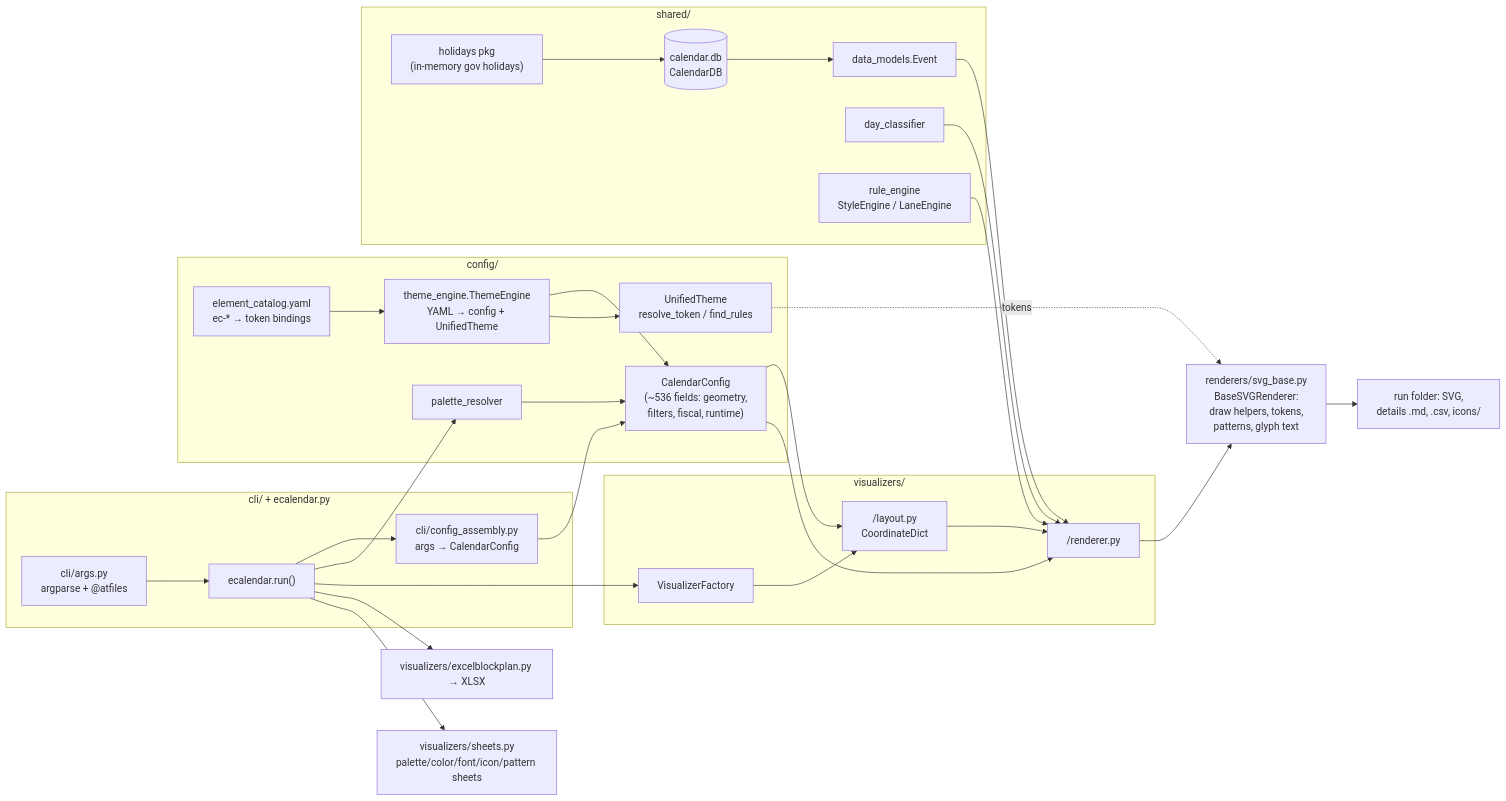
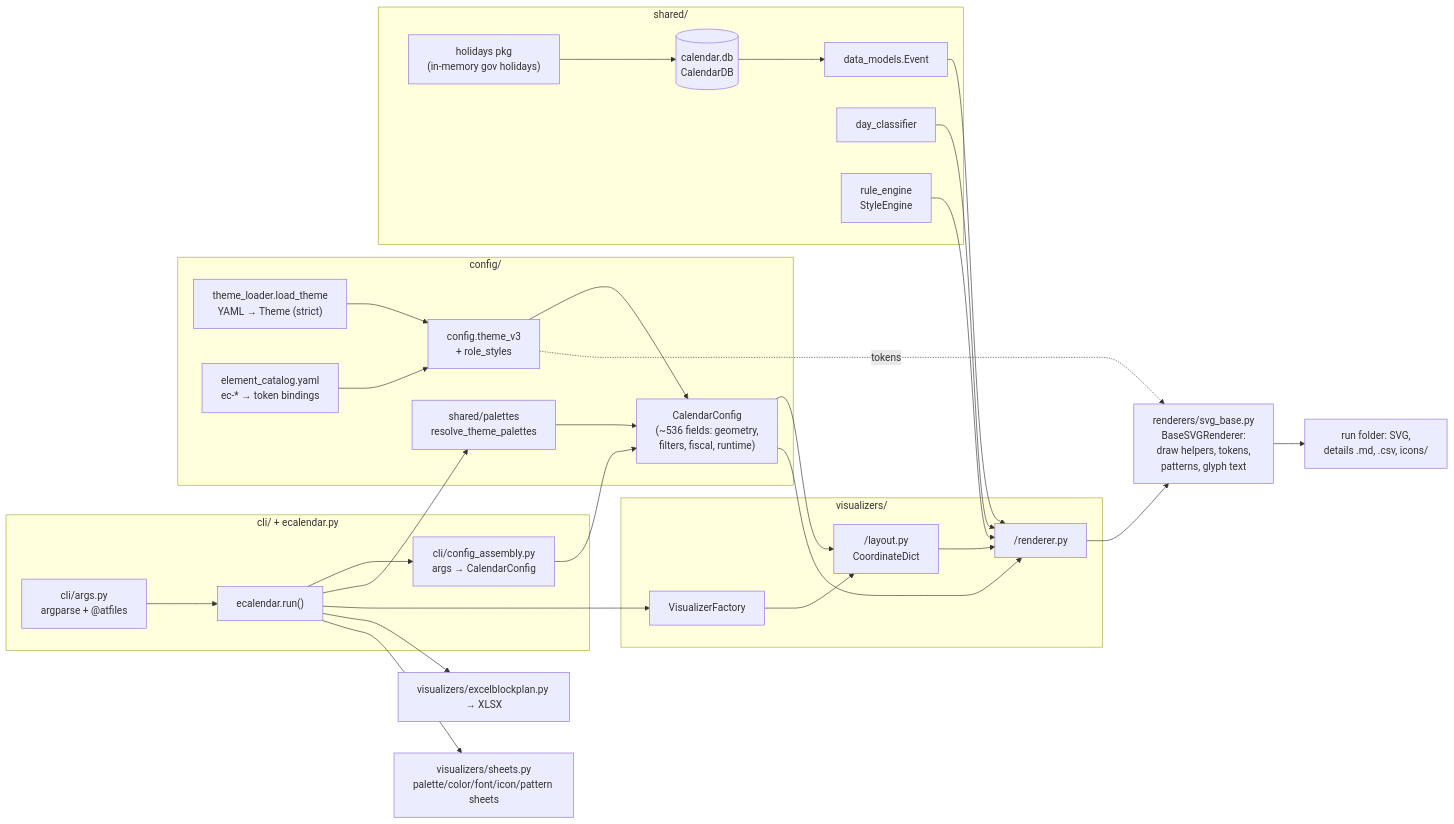
The diagram in docs/architecture/overview.md (lee4321/calendarapp-), drawn with Mermaid before and after one commit. The commit also changed 167 other files, not shown here.

````diff
--- a/docs/architecture/overview.md
+++ b/docs/architecture/overview.md
@@ -7,49 +7,48 @@
 ```mermaid
 flowchart LR
     subgraph CLI["cli/ + ecalendar.py"]
         ARGS["cli/args.py<br/>argparse + @atfiles"]
         RUN["ecalendar.run()"]
         ASM["cli/config_assembly.py<br/>args → CalendarConfig"]
     end
 
     subgraph CONF["config/"]
         CC["CalendarConfig<br/>(~536 fields: geometry,<br/>filters, fiscal, runtime)"]
-        TE["theme_engine.ThemeEngine<br/>YAML → config + UnifiedTheme"]
-        UT["UnifiedTheme<br/>resolve_token / find_rules"]
+        TL["theme_loader.load_theme<br/>YAML → Theme (strict)"]
+        UT["config.theme_v3<br/>+ role_styles"]
         CAT["element_catalog.yaml<br/>ec-* → token bindings"]
-        PAL["palette_resolver"]
+        PAL["shared/palettes<br/>resolve_theme_palettes"]
     end
 
     subgraph DATA["shared/"]
         DB[("calendar.db<br/>CalendarDB")]
         HOL["holidays pkg<br/>(in-memory gov holidays)"]
         EV["data_models.Event"]
         CLS["day_classifier"]
-        RE["rule_engine<br/>StyleEngine / LaneEngine"]
+        RE["rule_engine<br/>StyleEngine"]
     end
 
     subgraph VIZ["visualizers/"]
         FACT["VisualizerFactory"]
         LAY["<viz>/layout.py<br/>CoordinateDict"]
         REND["<viz>/renderer.py"]
     end
 
     BASE["renderers/svg_base.py<br/>BaseSVGRenderer:<br/>draw helpers, tokens,<br/>patterns, glyph text"]
 
     ARGS --> RUN --> ASM --> CC
-    TE --> CC
-    TE --> UT
-    CAT --> TE
+    TL --> UT --> CC
+    CAT --> UT
     RUN --> PAL --> CC
     RUN --> FACT --> LAY --> REND
     DB --> EV --> REND
     HOL --> DB
     CLS --> REND
     RE --> REND
     CC --> LAY
     CC --> REND
     UT -.tokens.-> BASE
     REND --> BASE --> OUT["run folder: SVG,<br/>details .md, .csv, icons/"]
     RUN --> XLS["visualizers/excelblockplan.py → XLSX"]
     RUN --> SHEETS["visualizers/sheets.py<br/>palette/color/font/icon/pattern sheets"]
 ```
````
